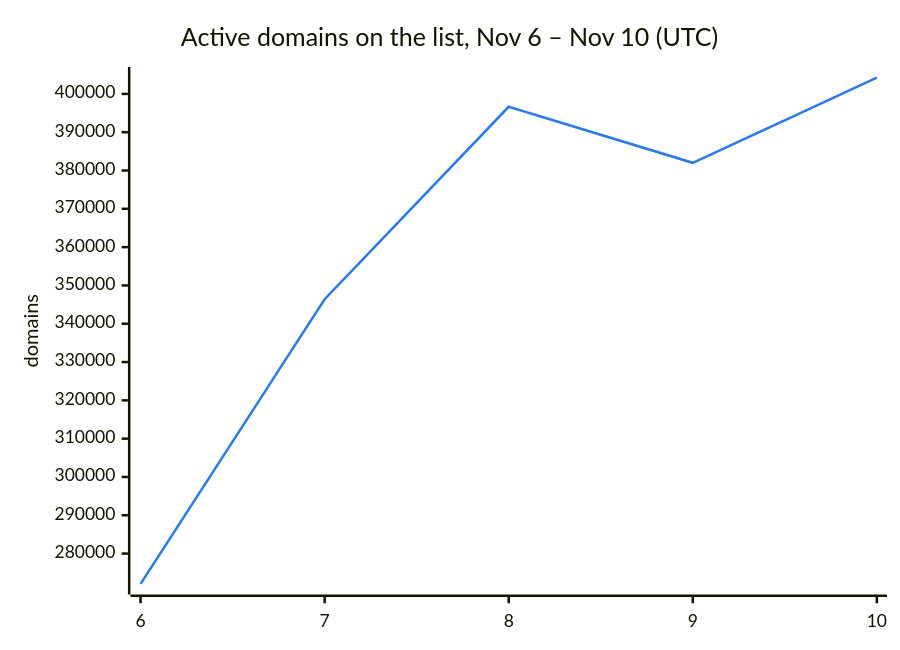
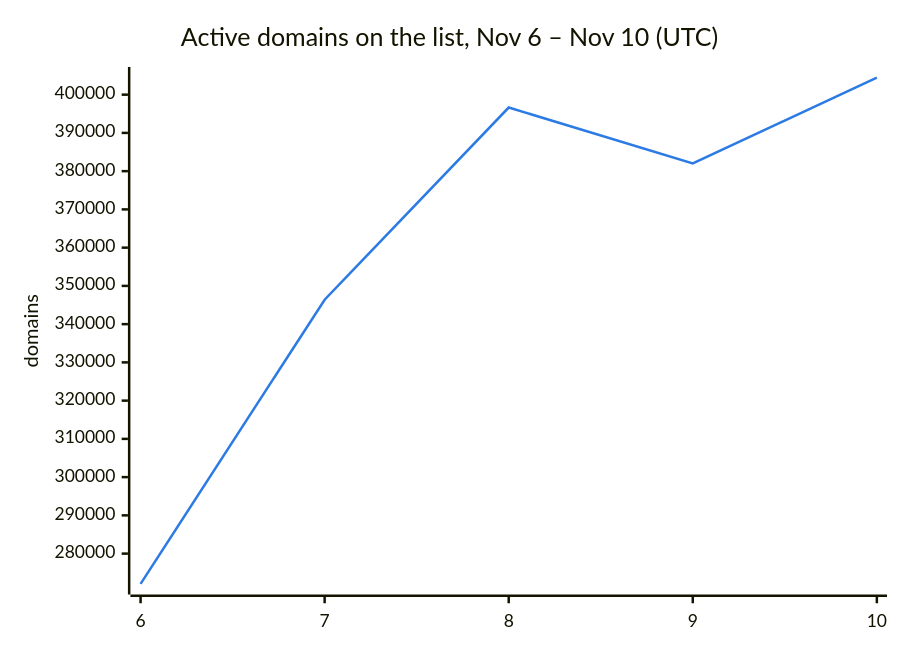
Before and after one commit to DNSBunker/CTI: the second of 3 diagrams in README.md, drawn with Mermaid. The commit also changed other lines of this file and 3 other files, not shown here.

````diff
--- a/README.md
+++ b/README.md
@@ -38,8 +38,8 @@
 ```mermaid
 %%{init: {"themeVariables": {"xyChart": {"plotColorPalette": "#2c7be5"}}}}%%
 xychart-beta
     title "Active domains on the list, Nov 6 – Nov 10 (UTC)"
     x-axis ["6", "7", "8", "9", "10"]
     y-axis "domains"
-    line [272088, 346388, 396638, 382009, 404247]
+    line [272088, 346388, 396638, 382009, 404454]
 ```
````
